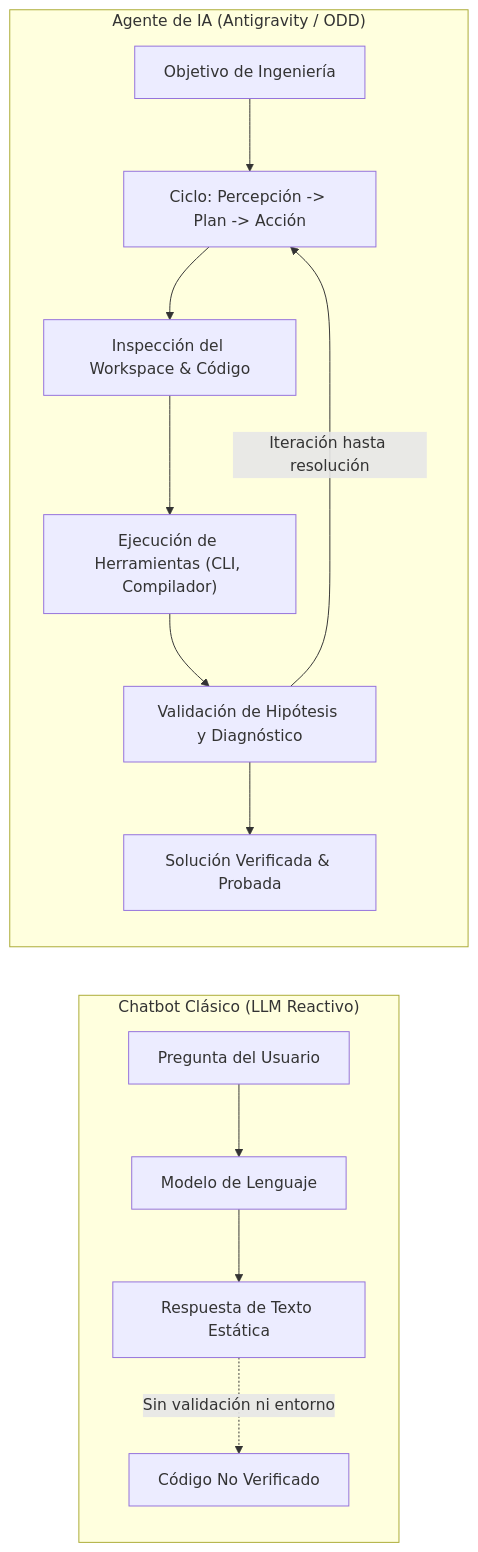
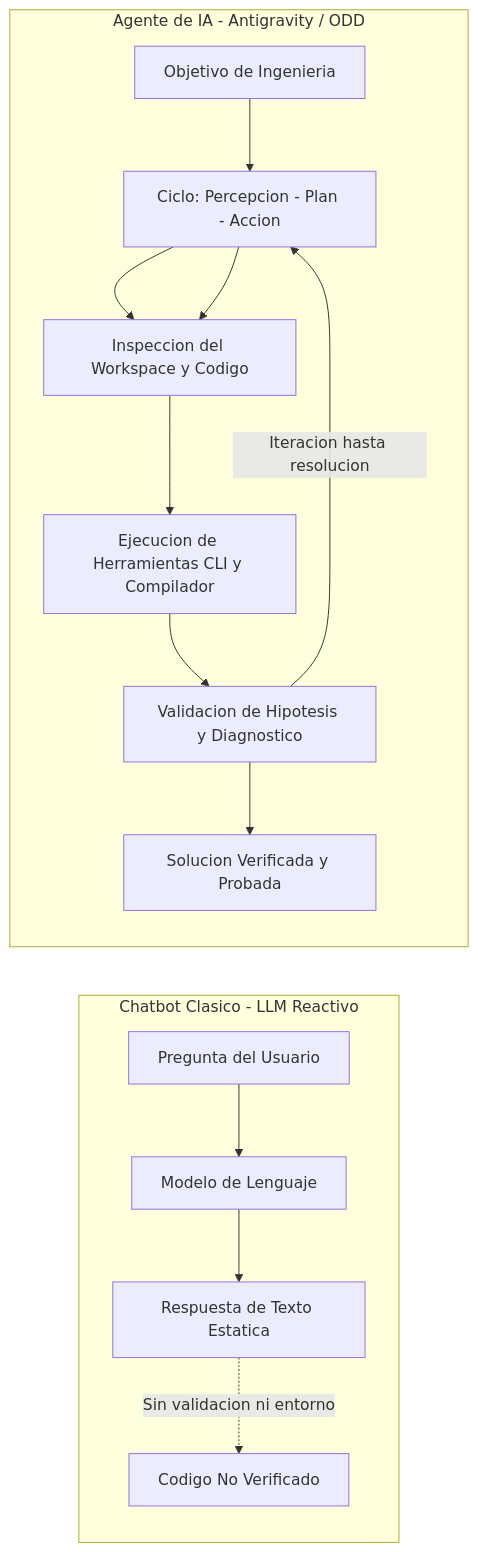
The third of 4 diagrams in README.md (paulinopaul/robot_sumo_usando_agentes_ia), drawn with Mermaid before and after one commit. The commit also changed other lines of this file and 2 other files, not shown here.

````diff
--- a/README.md
+++ b/README.md
@@ -213,17 +243,20 @@
 ```mermaid
 graph LR
-    subgraph Chatbot["Chatbot Clásico (LLM Reactivo)"]
+    subgraph Chatbot["Chatbot Clasico - LLM Reactivo"]
         A1["Pregunta del Usuario"] --> B1["Modelo de Lenguaje"]
-        B1 --> C1["Respuesta de Texto Estática"]
-        C1 -.->|Sin validación ni entorno| D1["Código No Verificado"]
+        B1 --> C1["Respuesta de Texto Estatica"]
+        C1 -.->|Sin validacion ni entorno| D1["Codigo No Verificado"]
     end
 
-    subgraph Agente["Agente de IA (Antigravity / ODD)"]
-        A2["Objetivo de Ingeniería"] --> B2["Ciclo: Percepción -> Plan -> Acción"]
-        B2 --> C2["Inspección del Workspace & Código"]
-        C2 --> D2["Ejecución de Herramientas (CLI, Compilador)"]
-        D2 --> E2["Validación de Hipótesis y Diagnóstico"]
-        E2 -->|Iteración hasta resolución| B2
-        E2 --> F2["Solución Verificada & Probada"]
+    subgraph Agente["Agente de IA - Antigravity / ODD"]
+        A2["Objetivo de Ingenieria"] --> B2["Ciclo: Percepcion - Plan - Accion"]
+        B2 --> C2["Inspeccion del Workspace y Codigo"]
+        D2["Ejecucion de Herramientas CLI y Compilador"]
+        E2["Validacion de Hipotesis y Diagnostico"]
+        B2 --> C2
+        C2 --> D2
+        D2 --> E2
+        E2 -->|Iteracion hasta resolucion| B2
+        E2 --> F2["Solucion Verificada y Probada"]
     end
 ```
````
